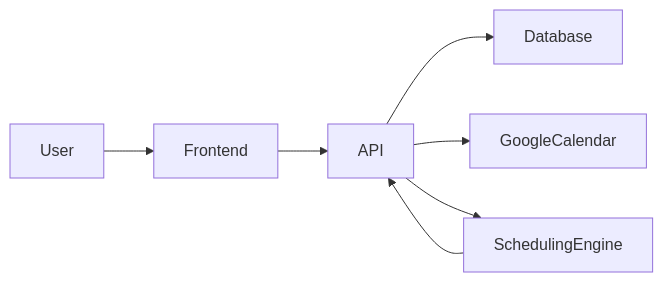
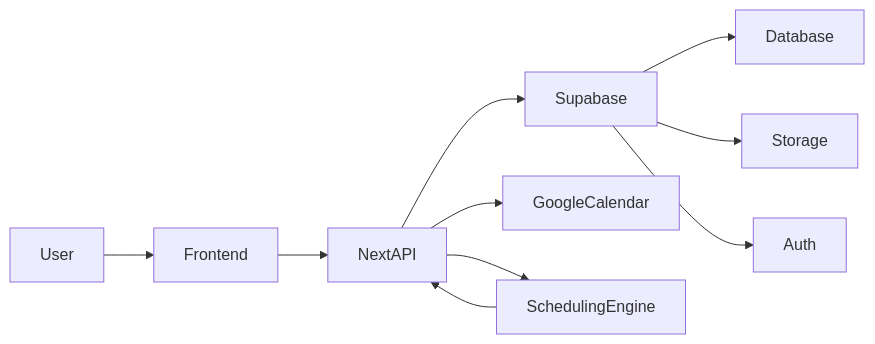
The diagram in aiDocs/architecture.md (PWK-Innovations/stride), drawn with Mermaid before and after one commit. The commit also changed other lines of this file and 4 other files, not shown here.

````diff
--- a/aiDocs/architecture.md
+++ b/aiDocs/architecture.md
@@ -15,9 +18,12 @@
 ```mermaid
 flowchart LR
   User --> Frontend
-  Frontend --> API
-  API --> Database
-  API --> GoogleCalendar
-  API --> SchedulingEngine
-  SchedulingEngine --> API
+  Frontend --> NextAPI
+  NextAPI --> Supabase
+  Supabase --> Database
+  Supabase --> Storage
+  Supabase --> Auth
+  NextAPI --> GoogleCalendar
+  NextAPI --> SchedulingEngine
+  SchedulingEngine --> NextAPI
 ```
````
